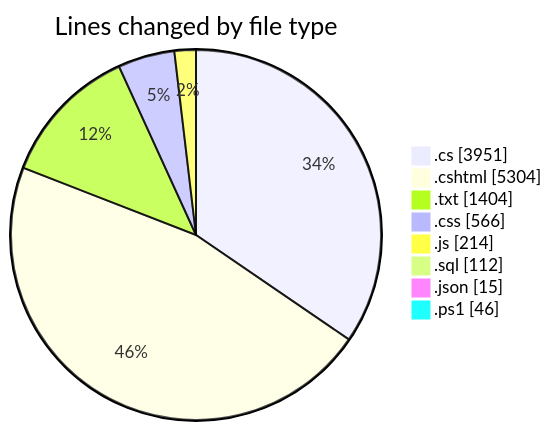
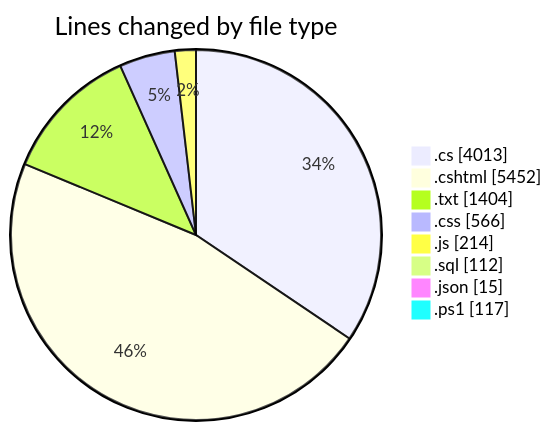
Before and after one commit to lephambinh05/code-tracking: the first of 2 diagrams in 2025-07-28/quanlyrapchieuphim-1/README.md, drawn with Mermaid. The commit also changed other lines of this file and 1 other file, not shown here.

````diff
--- a/2025-07-28/quanlyrapchieuphim-1/README.md
+++ b/2025-07-28/quanlyrapchieuphim-1/README.md
@@ -53,12 +54,12 @@
 ```mermaid
 pie showData
 title Lines changed by file type
-".cs" : 3951
-".cshtml" : 5304
+".cs" : 4013
+".cshtml" : 5452
 ".txt" : 1404
 ".css" : 566
 ".js" : 214
 ".sql" : 112
 ".json" : 15
-".ps1" : 46
+".ps1" : 117
 ```
````
